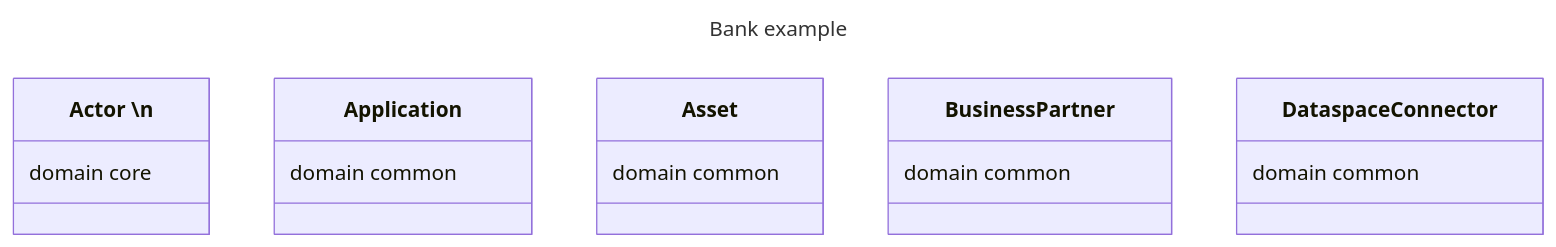
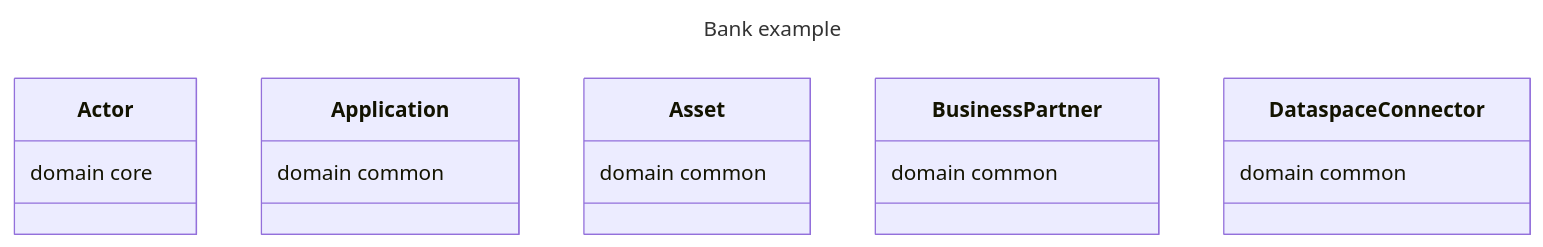
Before and after one commit to eclipse-tractusx/sldt-ontology-model: the diagram in docs/ontology_governance_process.md, drawn with Mermaid.

Commit message:
Changes for the standard.

````diff
--- a/docs/ontology_governance_process.md
+++ b/docs/ontology_governance_process.md
@@ -95,17 +95,17 @@
 ```mermaid
 ---
 title: Bank example
 ---
 
 classDiagram
-   class Actor["Actor \n <core>"]
+   class Actor["Actor <core>"]
    Actor : domain core
    class Application
    Application : domain common
    class Asset
    Asset : domain common
    class BusinessPartner
    BusinessPartner : domain common
    class DataspaceConnector
    DataspaceConnector : domain common
 ```
````
